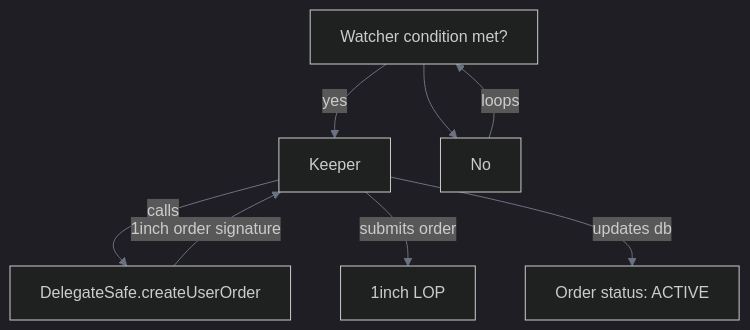
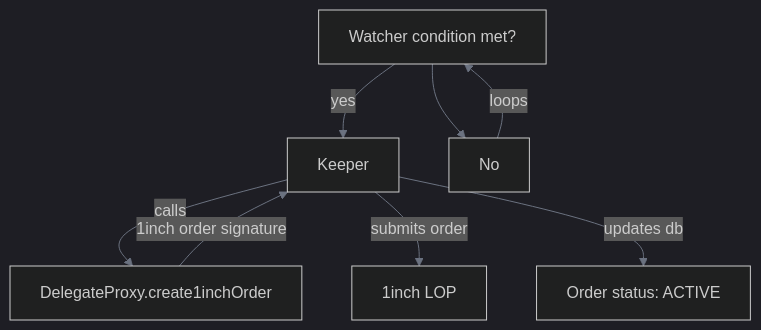
Before and after one commit to pde-rent/1edge: the second of 4 diagrams in docs/1edge/order-lifecycle.md, drawn with Mermaid. The commit also changed other lines of this file and 25 other files, not shown here.

````diff
--- a/docs/1edge/order-lifecycle.md
+++ b/docs/1edge/order-lifecycle.md
@@ -39,10 +39,10 @@
 ```mermaid
 %%{init: {'theme':'dark', 'themeVariables': {'primaryColor':'#22c55e','background':'transparent','primaryBorderColor':'#22c55e','lineColor':'#6b7280','sectionBkgColor':'transparent','altSectionBkgColor':'transparent','clusterBkg':'transparent','clusterBorder':'#6b7280'}}}%%
 graph TD
     A[Watcher condition met?] --yes--> D[Keeper]
     A --> C[No] --loops--> A
-    D --calls--> E[DelegateSafe.createUserOrder]
+    D --calls--> E[DelegateProxy.create1inchOrder]
     E --1inch order signature--> D
     D --submits order--> F[1inch LOP]
     D --updates db--> G[Order status: ACTIVE]
 ```
````
